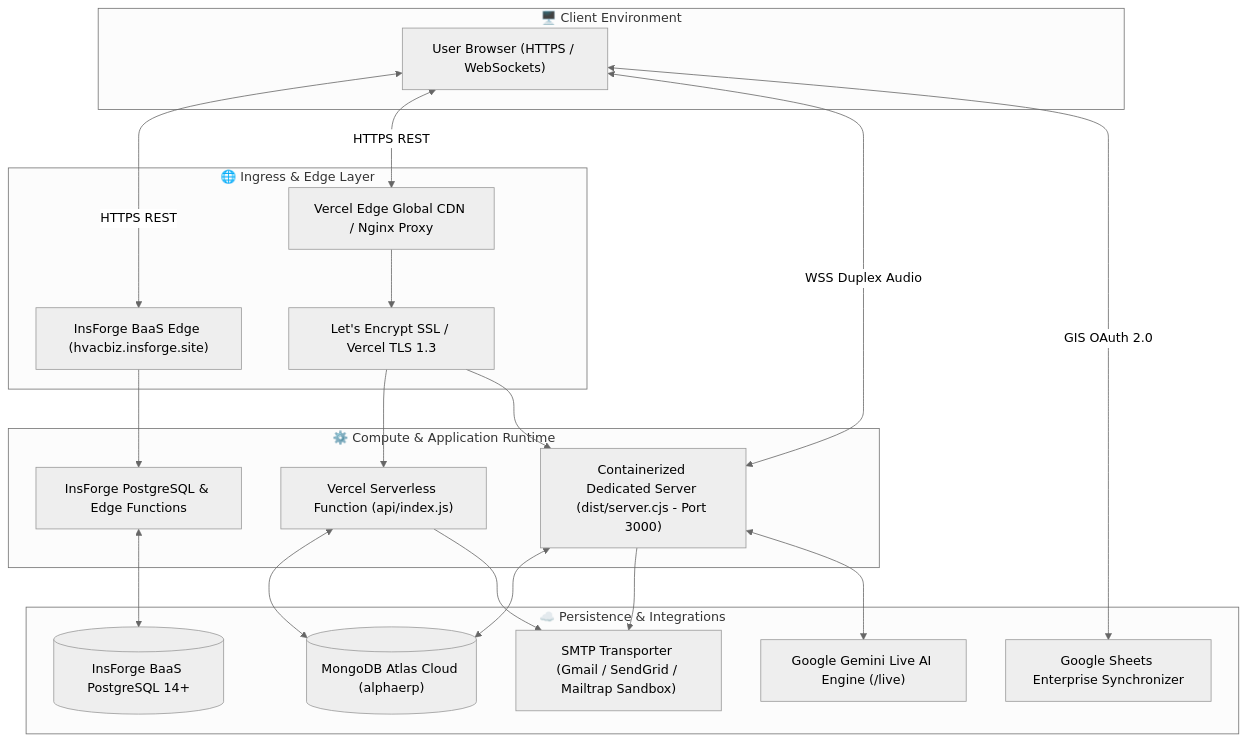
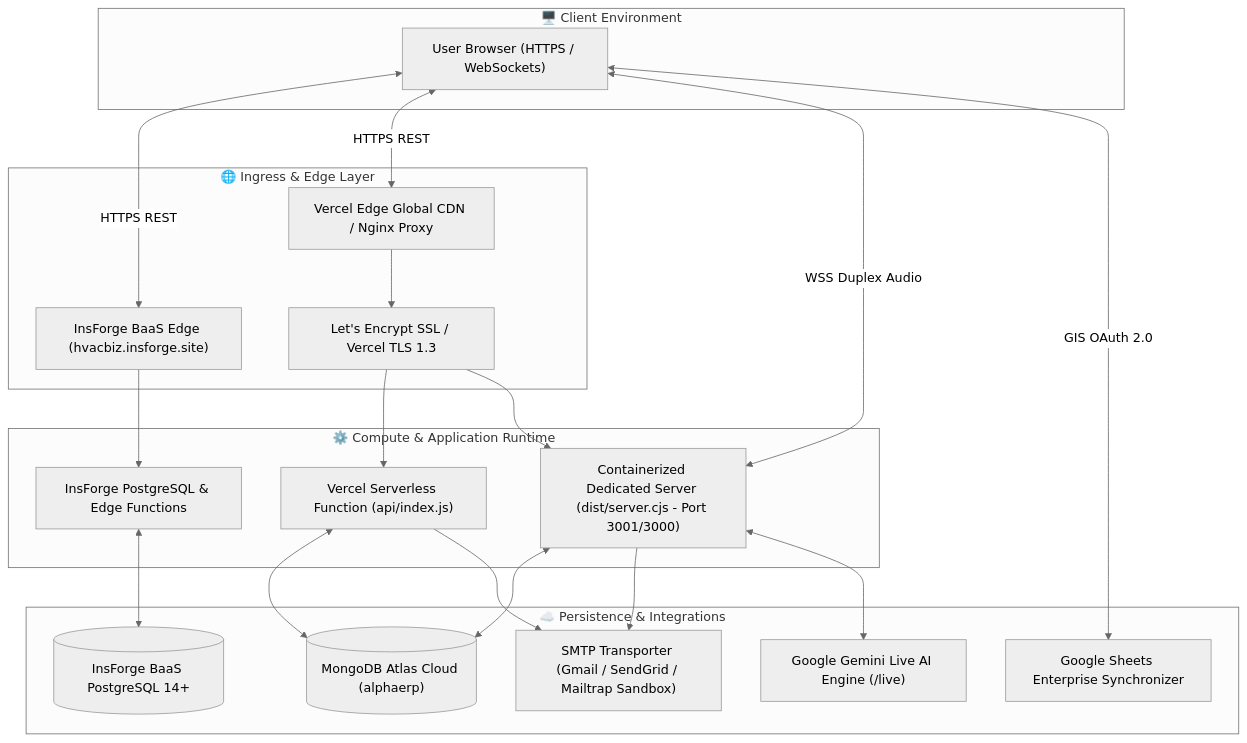
The first of 2 diagrams in IMPLEMENTATION_GUIDE.md (shivenkg/AlphaERP-V1), drawn with Mermaid (neutral theme) before and after one commit. The commit also changed other lines of this file and 9 other files, not shown here.

````diff
--- a/IMPLEMENTATION_GUIDE.md
+++ b/IMPLEMENTATION_GUIDE.md
@@ -14,41 +15,41 @@
 ```mermaid
 flowchart TD
     subgraph ClientEnv["🖥️ Client Environment"]
         Browser["User Browser (HTTPS / WebSockets)"]
     end
 
     subgraph IngressGateway["🌐 Ingress & Edge Layer"]
         InsForgeEdge["InsForge BaaS Edge (hvacbiz.insforge.site)"]
         CDN["Vercel Edge Global CDN / Nginx Proxy"]
         SSL["Let's Encrypt SSL / Vercel TLS 1.3"]
         CDN --> SSL
     end
 
     subgraph ComputeLayer["⚙️ Compute & Application Runtime"]
         InsForgeBaaS["InsForge PostgreSQL & Edge Functions"]
         Serverless["Vercel Serverless Function (api/index.js)"]
-        Container["Containerized Dedicated Server (dist/server.cjs - Port 3000)"]
+        Container["Containerized Dedicated Server (dist/server.cjs - Port 3001/3000)"]
     end
 
     subgraph PersistenceCloud["☁️ Persistence & Integrations"]
         InsForgeDB[("InsForge BaaS PostgreSQL 14+")]
         MongoDB[("MongoDB Atlas Cloud (alphaerp)")]
         GoogleSheets["Google Sheets Enterprise Synchronizer"]
         SMTP["SMTP Transporter (Gmail / SendGrid / Mailtrap Sandbox)"]
         GeminiLive["Google Gemini Live AI Engine (/live)"]
     end
 
     Browser <-->|HTTPS REST| InsForgeEdge
     Browser <-->|HTTPS REST| CDN
     Browser <-->|WSS Duplex Audio| Container
     InsForgeEdge --> InsForgeBaaS
     SSL --> Serverless
     SSL --> Container
     InsForgeBaaS <--> InsForgeDB
     Serverless <--> MongoDB
     Serverless --> SMTP
     Container <--> MongoDB
     Container --> SMTP
     Container <--> GeminiLive
     Browser <-->|GIS OAuth 2.0| GoogleSheets
 ```
````
